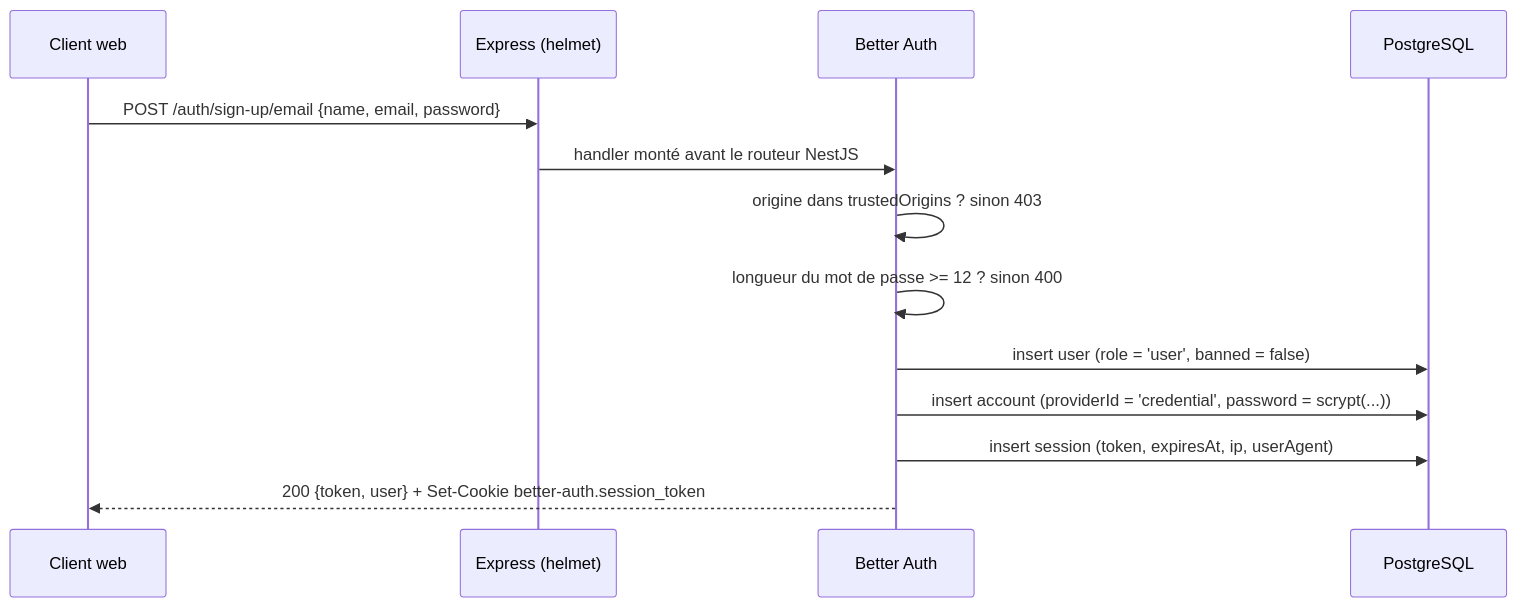
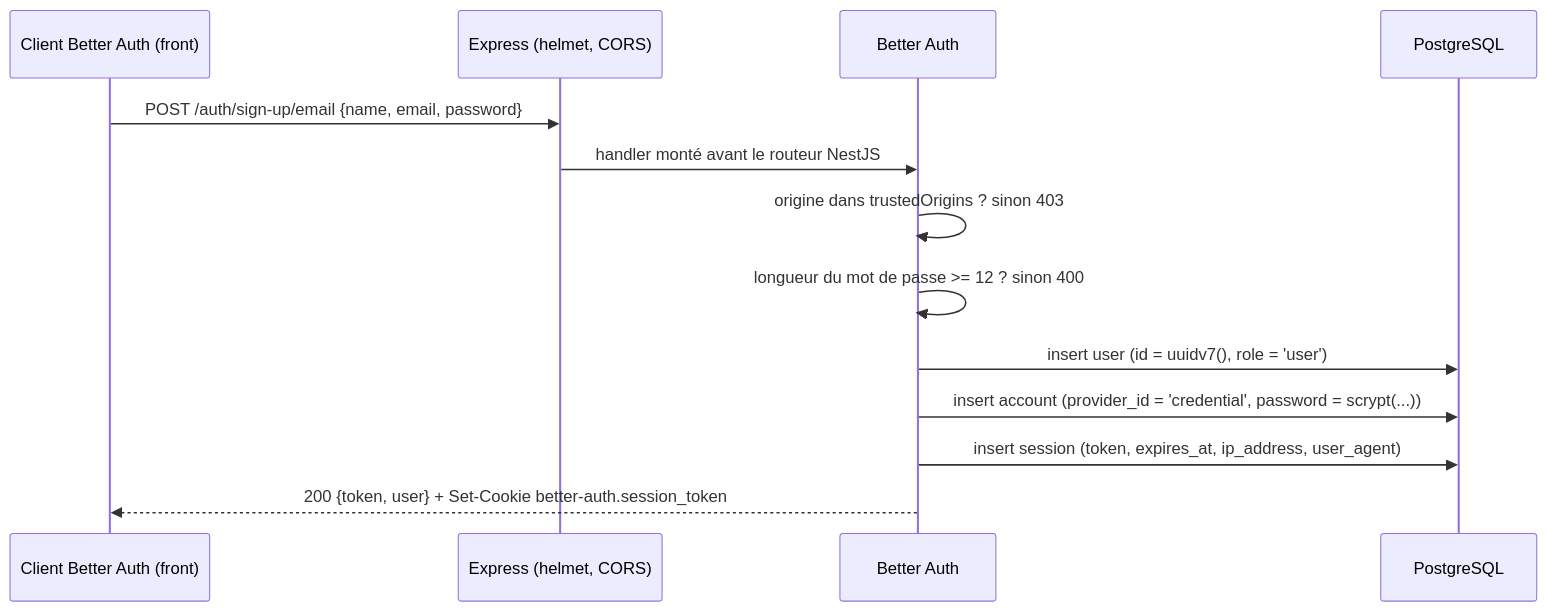
The first of 7 diagrams in docs/design/authentication.md (Charles-Mahoudeau/survivor-cartepro), drawn with Mermaid before and after one commit. The commit also changed other lines of this file and 1 other file, not shown here.

First line of the commit message:
docs(auth): rewrite the specification for the inverted schema ownership

````diff
--- a/docs/design/authentication.md
+++ b/docs/design/authentication.md
@@ -194,16 +202,16 @@
 ```mermaid
 sequenceDiagram
-    participant C as Client web
-    participant E as Express (helmet)
+    participant C as Client Better Auth (front)
+    participant E as Express (helmet, CORS)
     participant B as Better Auth
     participant D as PostgreSQL
 
     C->>E: POST /auth/sign-up/email {name, email, password}
     E->>B: handler monté avant le routeur NestJS
     B->>B: origine dans trustedOrigins ? sinon 403
     B->>B: longueur du mot de passe >= 12 ? sinon 400
-    B->>D: insert user (role = 'user', banned = false)
-    B->>D: insert account (providerId = 'credential', password = scrypt(...))
-    B->>D: insert session (token, expiresAt, ip, userAgent)
+    B->>D: insert user (id = uuidv7(), role = 'user')
+    B->>D: insert account (provider_id = 'credential', password = scrypt(...))
+    B->>D: insert session (token, expires_at, ip_address, user_agent)
     B-->>C: 200 {token, user} + Set-Cookie better-auth.session_token
 ```
````
